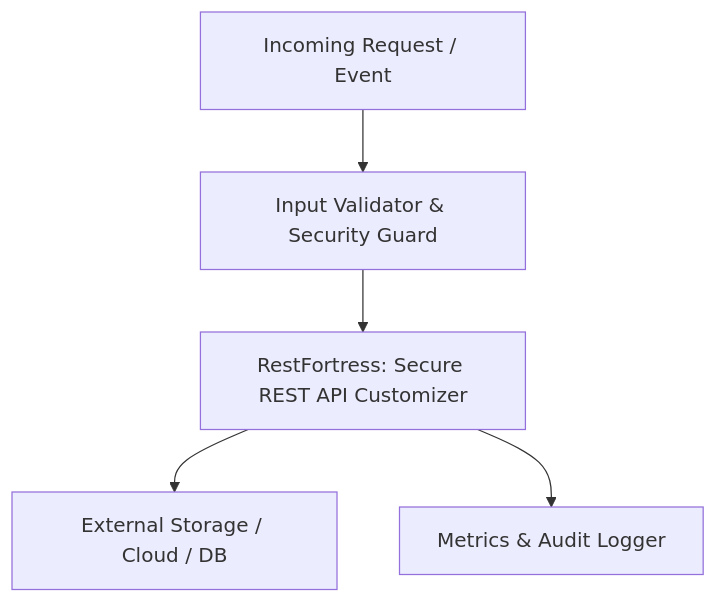
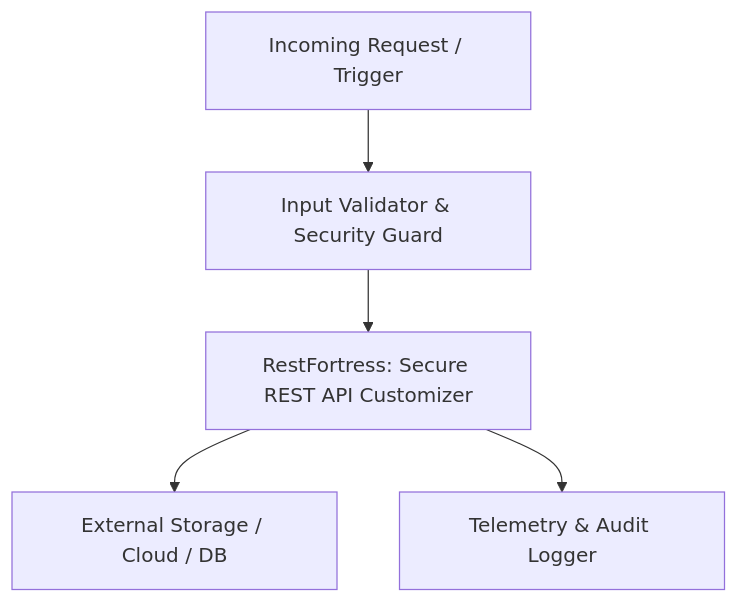
One commit to smit-backend/press-gate-rest changed the diagram in README.md. Above: the diagram before and after it, drawn with Mermaid. The commit also changed other lines of this file, not shown here.

Commit message:
docs(readme): add detailed architectural flowchart, usage examples, and badges

````diff
--- a/README.md
+++ b/README.md
@@ -23,7 +23,7 @@
 ```mermaid
 graph TD
-    Client[Incoming Request / Event] --> Gate[Input Validator & Security Guard]
+    Client[Incoming Request / Trigger] --> Gate[Input Validator & Security Guard]
     Gate --> CoreEngine[RestFortress: Secure REST API Customizer]
     CoreEngine --> Adapter[External Storage / Cloud / DB]
-    CoreEngine --> Observer[Metrics & Audit Logger]
+    CoreEngine --> Observer[Telemetry & Audit Logger]
 ```
````
